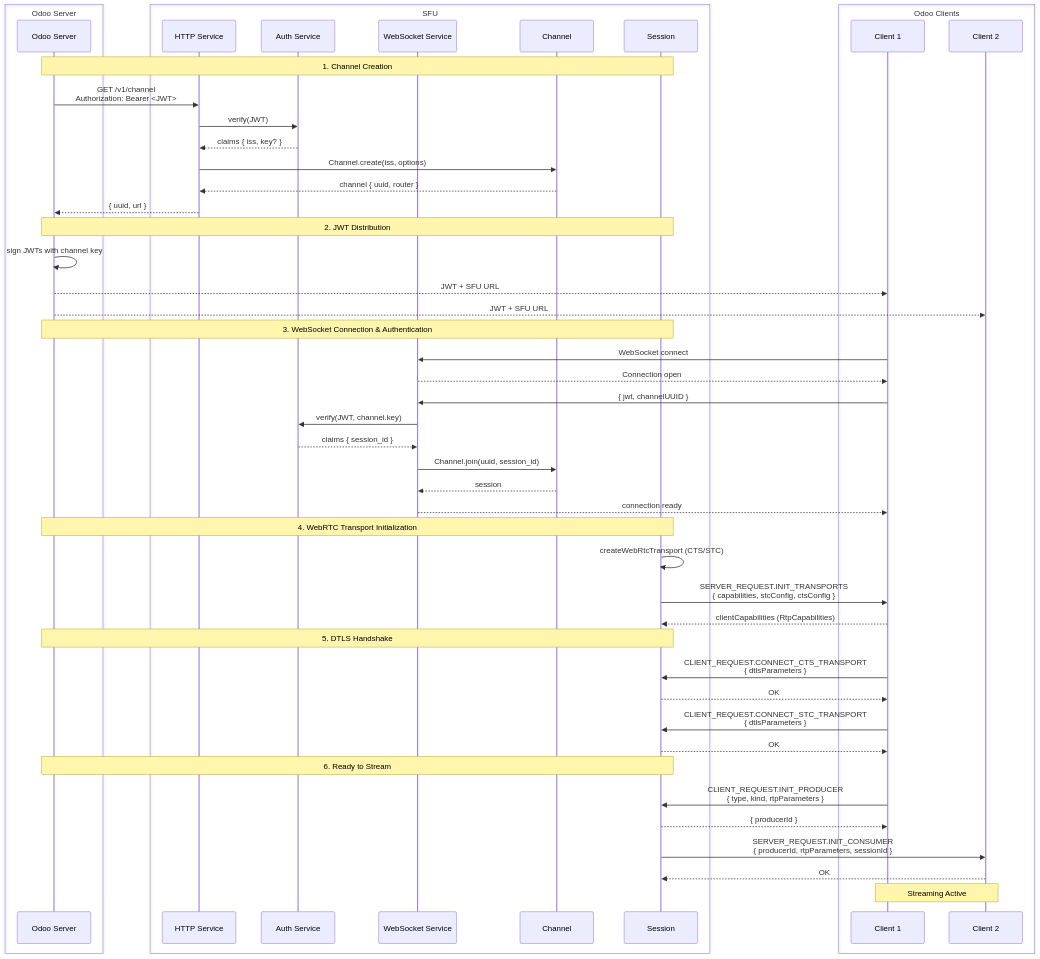
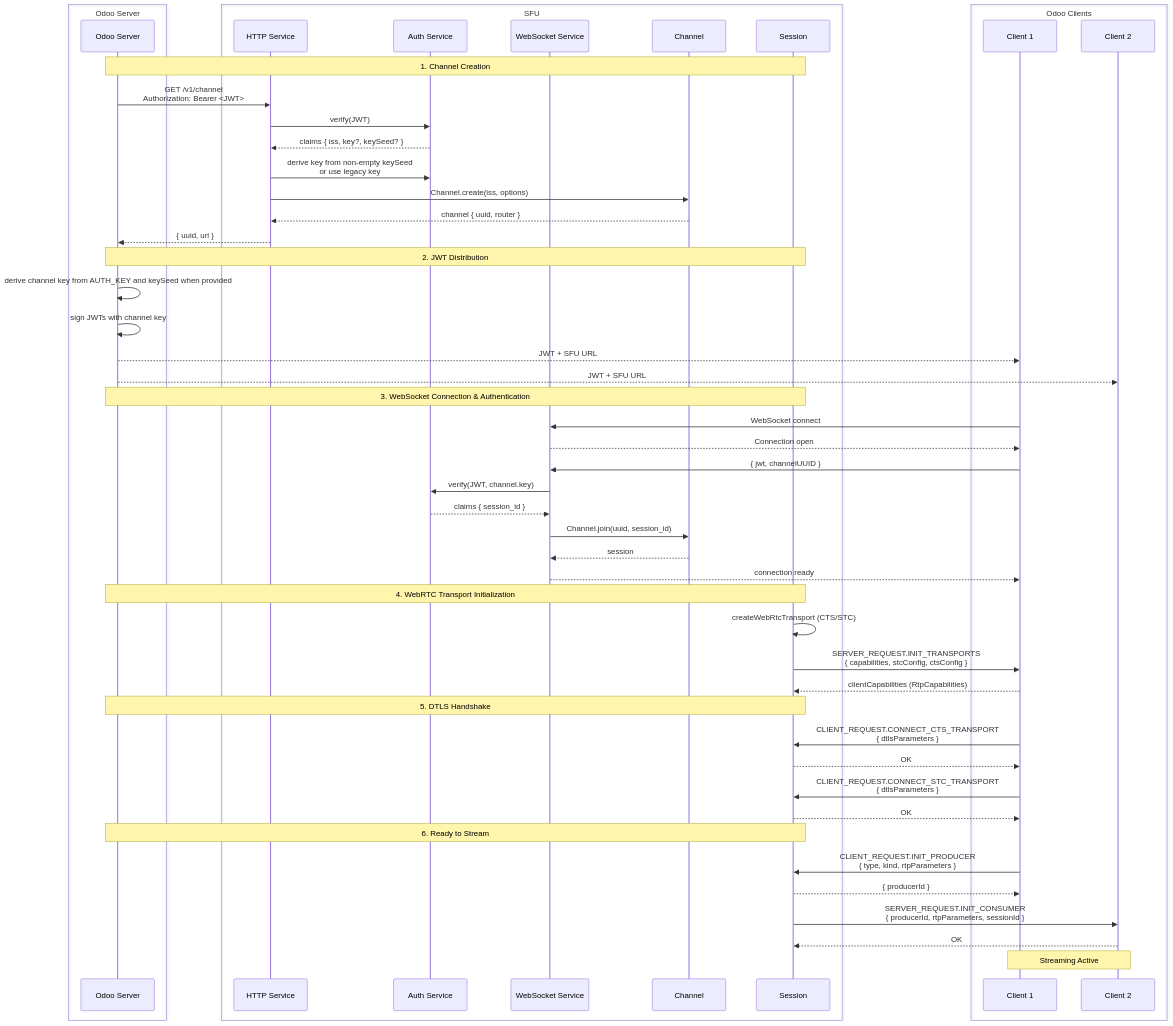
The diagram in doc/network_flow.md (odoo/sfu), drawn with Mermaid before and after one commit. The commit also changed other lines of this file and 7 other files, not shown here.

First line of the commit message:
[REF] auth: keep derived channel keys as bytes

````diff
--- a/doc/network_flow.md
+++ b/doc/network_flow.md
@@ -3,59 +3,61 @@
 ```mermaid
 sequenceDiagram
     box Odoo Server
         participant OS as Odoo Server
     end
     box SFU
         participant HTTP as HTTP Service
         participant Auth as Auth Service
         participant WS as WebSocket Service
         participant Ch as Channel
         participant Sess as Session
     end
     box Odoo Clients
         participant C1 as Client 1
         participant C2 as Client 2
     end
 
     Note over OS,Sess: 1. Channel Creation
     OS->>HTTP: GET /v1/channel<br>Authorization: Bearer <JWT>
     HTTP->>Auth: verify(JWT)
-    Auth-->>HTTP: claims { iss, key? }
+    Auth-->>HTTP: claims { iss, key?, keySeed? }
+    HTTP->>Auth: derive key from non-empty keySeed<br>or use legacy key
     HTTP->>Ch: Channel.create(iss, options)
     Ch-->>HTTP: channel { uuid, router }
     HTTP-->>OS: { uuid, url }
 
     Note over OS,Sess: 2. JWT Distribution
+    OS->>OS: derive channel key from AUTH_KEY and keySeed when provided
     OS->>OS: sign JWTs with channel key
     OS-->>C1: JWT + SFU URL
     OS-->>C2: JWT + SFU URL
 
     Note over OS,Sess: 3. WebSocket Connection & Authentication
     C1->>WS: WebSocket connect
     WS-->>C1: Connection open
     C1->>WS: { jwt, channelUUID }
     WS->>Auth: verify(JWT, channel.key)
     Auth-->>WS: claims { session_id }
     WS->>Ch: Channel.join(uuid, session_id)
     Ch-->>WS: session
     WS-->>C1: connection ready
 
     Note over OS,Sess: 4. WebRTC Transport Initialization
     Sess->>Sess: createWebRtcTransport (CTS/STC)
     Sess->>C1: SERVER_REQUEST.INIT_TRANSPORTS<br>{ capabilities, stcConfig, ctsConfig }
     C1-->>Sess: clientCapabilities (RtpCapabilities)
 
     Note over OS,Sess: 5. DTLS Handshake
     C1->>Sess: CLIENT_REQUEST.CONNECT_CTS_TRANSPORT<br>{ dtlsParameters }
     Sess-->>C1: OK
     C1->>Sess: CLIENT_REQUEST.CONNECT_STC_TRANSPORT<br>{ dtlsParameters }
     Sess-->>C1: OK
 
     Note over OS,Sess: 6. Ready to Stream
     C1->>Sess: CLIENT_REQUEST.INIT_PRODUCER<br>{ type, kind, rtpParameters }
     Sess-->>C1: { producerId }
     Sess->>C2: SERVER_REQUEST.INIT_CONSUMER<br>{ producerId, rtpParameters, sessionId }
     C2-->>Sess: OK
 
     Note over C1,C2: Streaming Active
 ```
````
